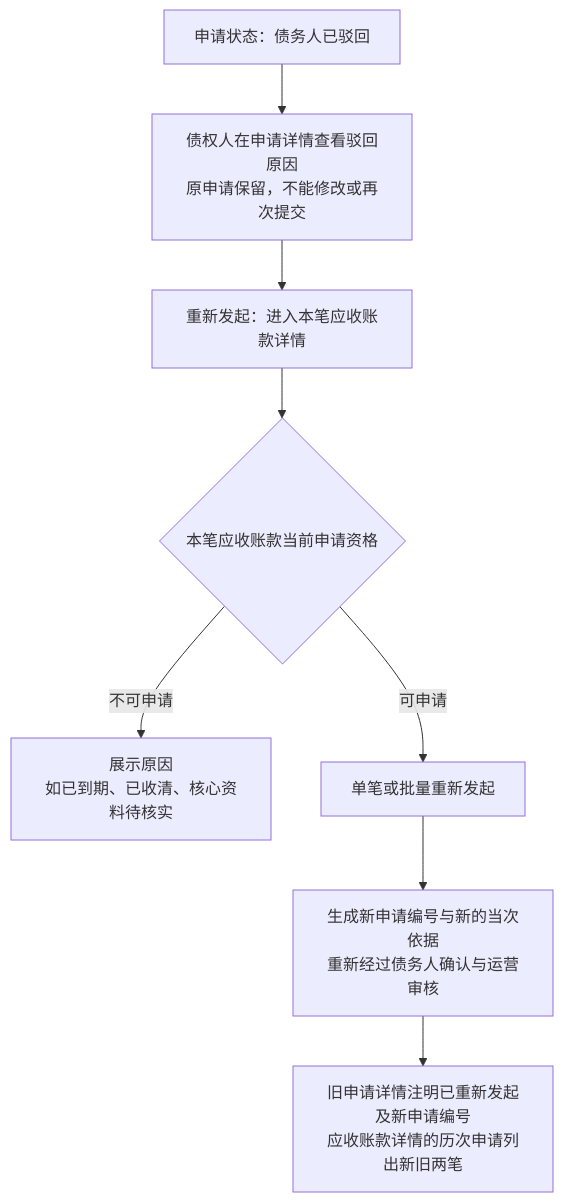
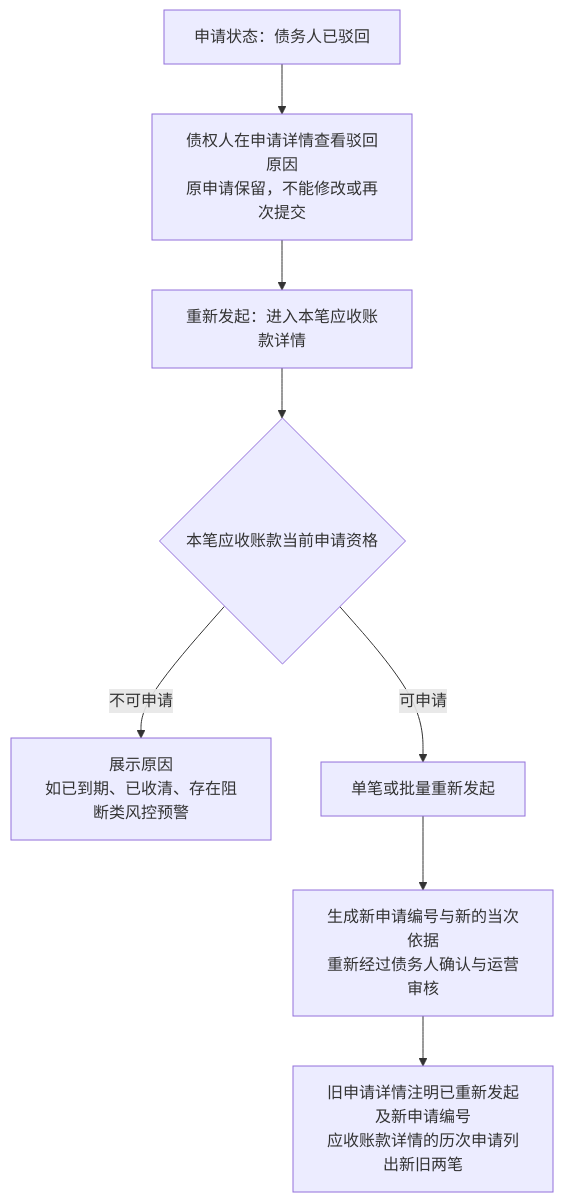
Before and after one commit to wxblockchain/Chain-Financing: the fourth of 4 diagrams in asset-trust-platform/PRD/企业端/M7a-应收查看与确权申请/02-应收查看与确权申请-流程图与状态机.md, drawn with Mermaid. The commit also changed other lines of this file and 3 other files, not shown here.

````diff
--- a/asset-trust-platform/PRD/企业端/M7a-应收查看与确权申请/02-应收查看与确权申请-流程图与状态机.md
+++ b/asset-trust-platform/PRD/企业端/M7a-应收查看与确权申请/02-应收查看与确权申请-流程图与状态机.md
@@ -82,10 +82,10 @@
 ```mermaid
 flowchart TD
     A[申请状态：债务人已驳回] --> B[债权人在申请详情查看驳回原因<br/>原申请保留，不能修改或再次提交]
     B --> B1[重新发起：进入本笔应收账款详情]
     B1 --> C{本笔应收账款当前申请资格}
-    C -->|不可申请| C1[展示原因<br/>如已到期、已收清、核心资料待核实]
+    C -->|不可申请| C1[展示原因<br/>如已到期、已收清、存在阻断类风控预警]
     C -->|可申请| D[单笔或批量重新发起]
     D --> E[生成新申请编号与新的当次依据<br/>重新经过债务人确认与运营审核]
     E --> F[旧申请详情注明已重新发起及新申请编号<br/>应收账款详情的历次申请列出新旧两笔]
 ```
````
